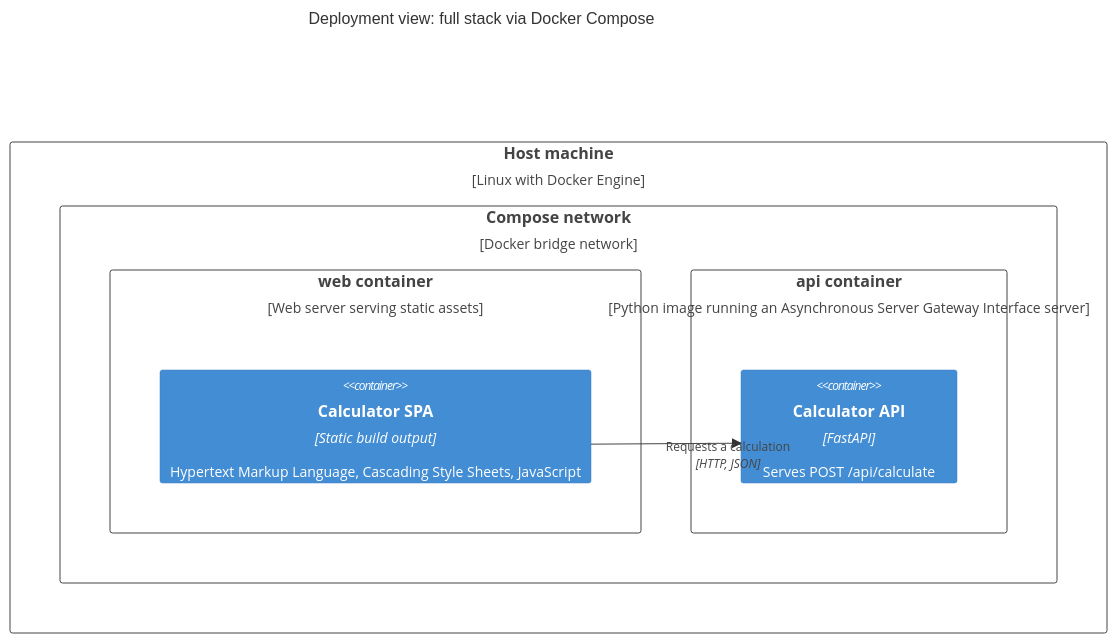
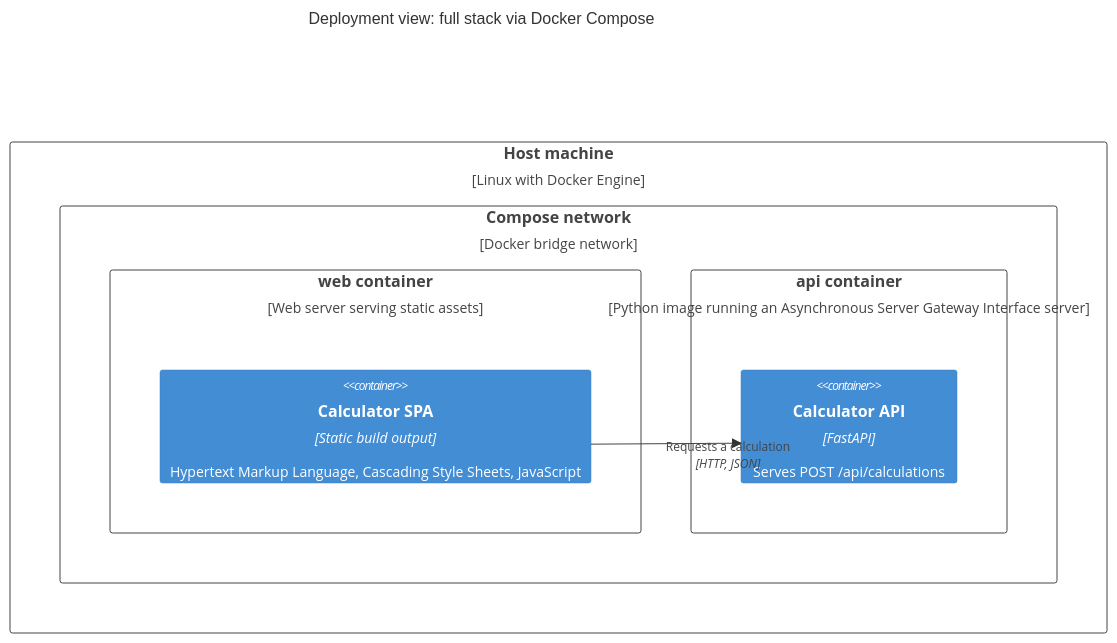
The sixth of 6 diagrams in docs/architecture.md (freddo1503/sezzle-calculator), drawn with Mermaid before and after one commit. The commit also changed other lines of this file and 8 other files, not shown here.

````diff
--- a/docs/architecture.md
+++ b/docs/architecture.md
@@ -295,17 +296,17 @@
 ```mermaid
 C4Deployment
     title Deployment view: full stack via Docker Compose
 
     Deployment_Node(host, "Host machine", "Linux with Docker Engine") {
         Deployment_Node(net, "Compose network", "Docker bridge network") {
             Deployment_Node(webNode, "web container", "Web server serving static assets") {
                 Container(spa, "Calculator SPA", "Static build output", "Hypertext Markup Language, Cascading Style Sheets, JavaScript")
             }
             Deployment_Node(apiNode, "api container", "Python image running an Asynchronous Server Gateway Interface server") {
-                Container(api, "Calculator API", "FastAPI", "Serves POST /api/calculate")
+                Container(api, "Calculator API", "FastAPI", "Serves POST /api/calculations")
             }
         }
     }
 
     Rel(spa, api, "Requests a calculation", "HTTP, JSON")
 ```
````
